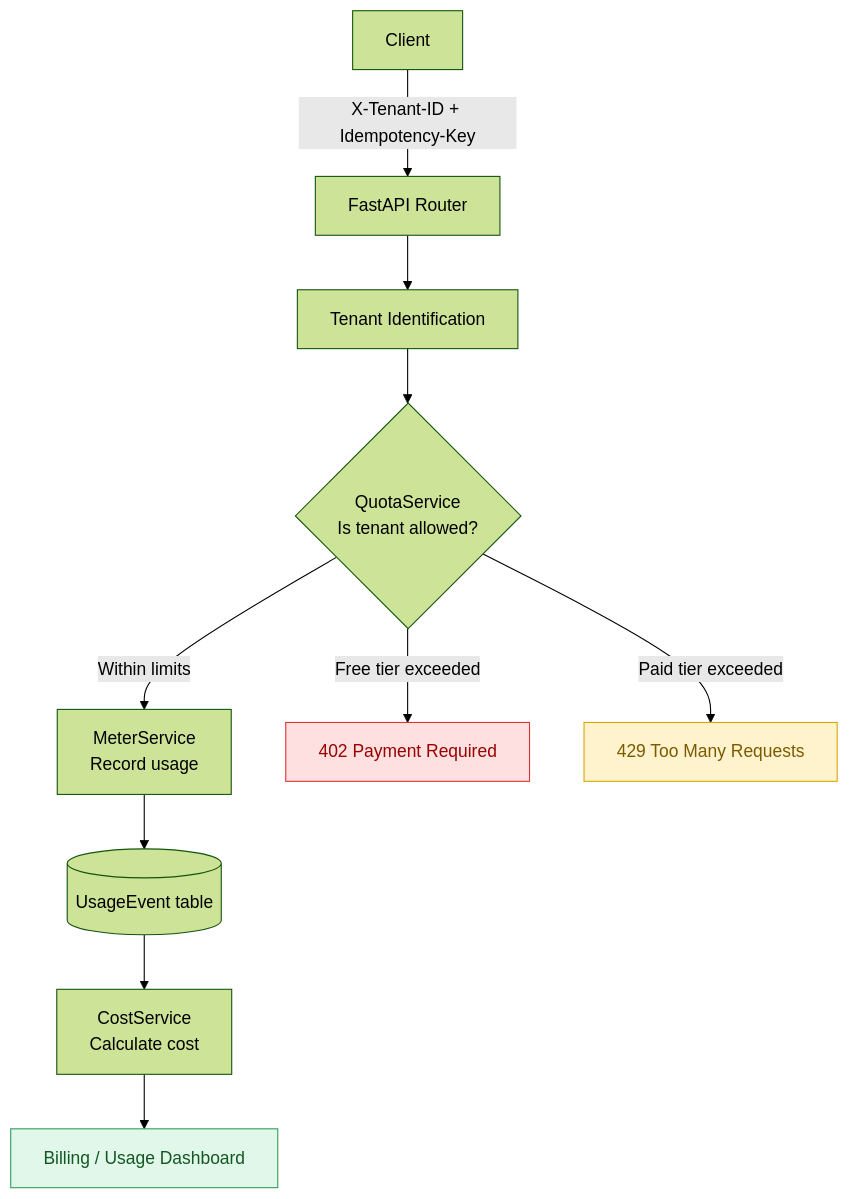
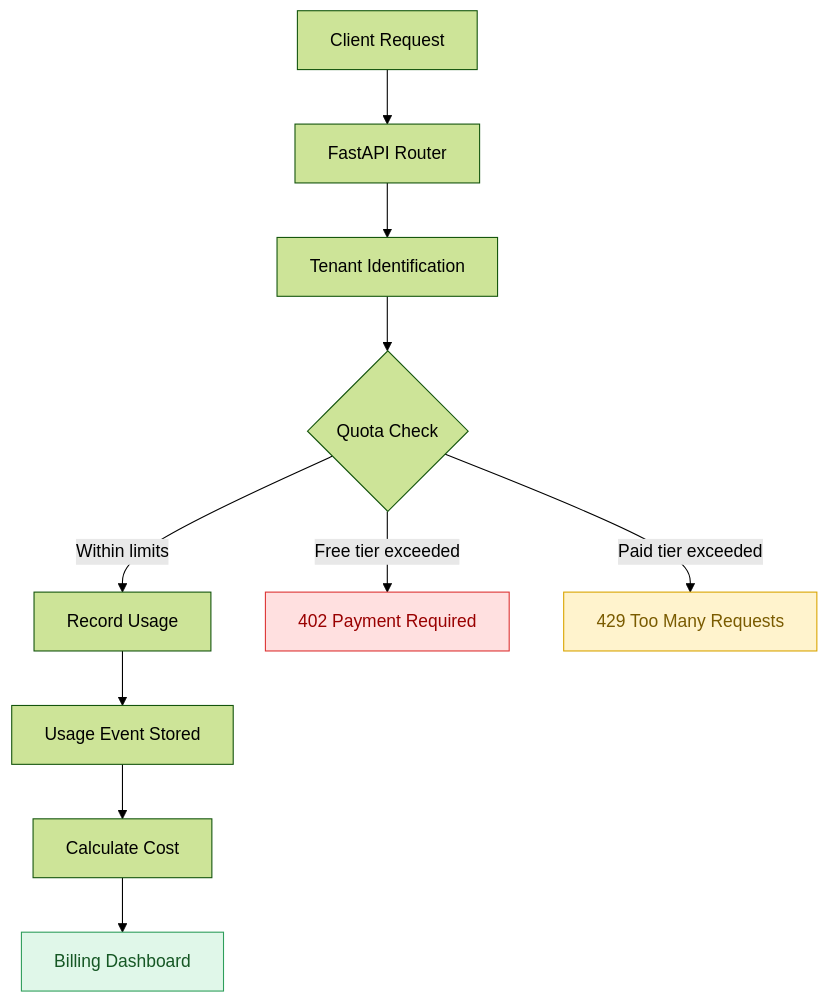
The first of 3 diagrams in README.md (Abdul-Ahad11/flyrank-capstone-metering-billing), drawn with Mermaid (forest theme) before and after one commit. The commit also changed other lines of this file, not shown here.

````diff
--- a/README.md
+++ b/README.md
@@ -94,16 +94,16 @@
 ```mermaid
 flowchart TD
-    A[Client] -->|"X-Tenant-ID + Idempotency-Key"| B[FastAPI Router]
+    A[Client Request] --> B[FastAPI Router]
     B --> C[Tenant Identification]
-    C --> D{QuotaService<br/>Is tenant allowed?}
-    D -->|Within limits| E[MeterService<br/>Record usage]
-    D -->|Free tier exceeded| F["402 Payment Required"]
-    D -->|Paid tier exceeded| G["429 Too Many Requests"]
-    E --> H[("UsageEvent table")]
-    H --> I[CostService<br/>Calculate cost]
-    I --> J[Billing / Usage Dashboard]
+    C --> D{Quota Check}
+    D -->|Within limits| E[Record Usage]
+    D -->|Free tier exceeded| F[402 Payment Required]
+    D -->|Paid tier exceeded| G[429 Too Many Requests]
+    E --> H[Usage Event Stored]
+    H --> I[Calculate Cost]
+    I --> J[Billing Dashboard]
 
     style F fill:#ffe0e0,stroke:#d33,color:#900
     style G fill:#fff3cd,stroke:#d9a400,color:#7a5b00
     style J fill:#e0f7e9,stroke:#2e9e5b,color:#155724
 ```
````
